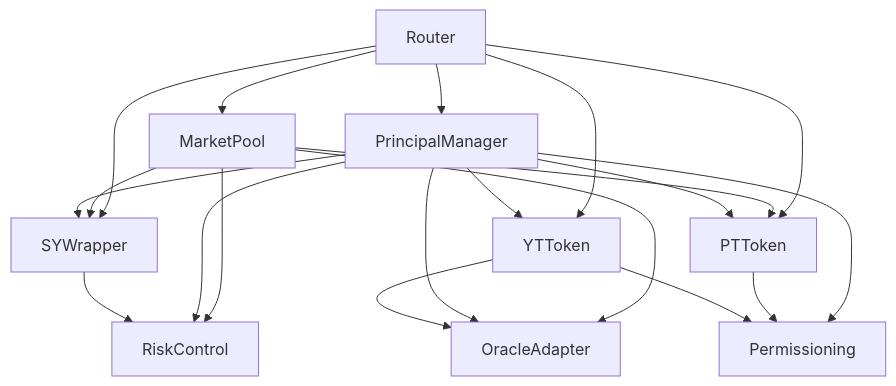
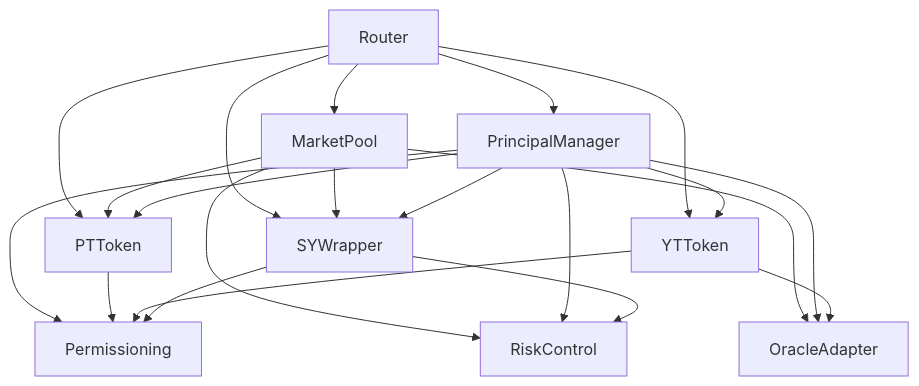
The first of 9 diagrams in ARCHITECTURE.md (principal-Protocol-org/principal), drawn with Mermaid before and after one commit. The commit also changed other lines of this file and 11 other files, not shown here.

````diff
--- a/ARCHITECTURE.md
+++ b/ARCHITECTURE.md
@@ -63,35 +65,36 @@
 ```mermaid
 flowchart TD
     Router["Router"]
     MarketPool["MarketPool"]
     PrincipalManager["PrincipalManager"]
     SYWrapper["SYWrapper"]
     PTToken["PTToken"]
     YTToken["YTToken"]
     OracleAdapter["OracleAdapter"]
     Permissioning["Permissioning"]
     RiskControl["RiskControl"]
 
     Router --> MarketPool
     Router --> PrincipalManager
     Router --> SYWrapper
     Router --> PTToken
     Router --> YTToken
 
     MarketPool --> PTToken
     MarketPool --> SYWrapper
     MarketPool --> OracleAdapter
     MarketPool --> RiskControl
 
     PrincipalManager --> SYWrapper
     PrincipalManager --> OracleAdapter
     PrincipalManager --> Permissioning
     PrincipalManager --> RiskControl
     PrincipalManager --> PTToken
     PrincipalManager --> YTToken
 
     PTToken --> Permissioning
     YTToken --> Permissioning
     YTToken --> OracleAdapter
     SYWrapper --> RiskControl
+    SYWrapper --> Permissioning
 ```
````
